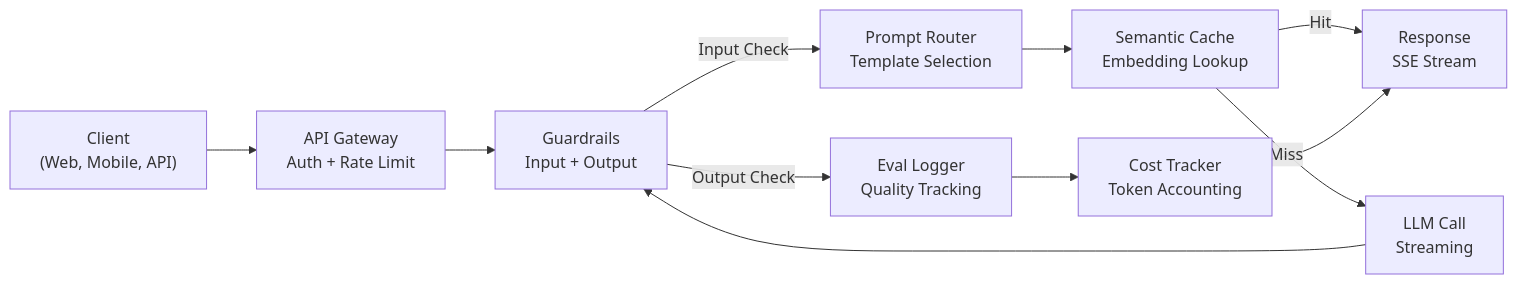
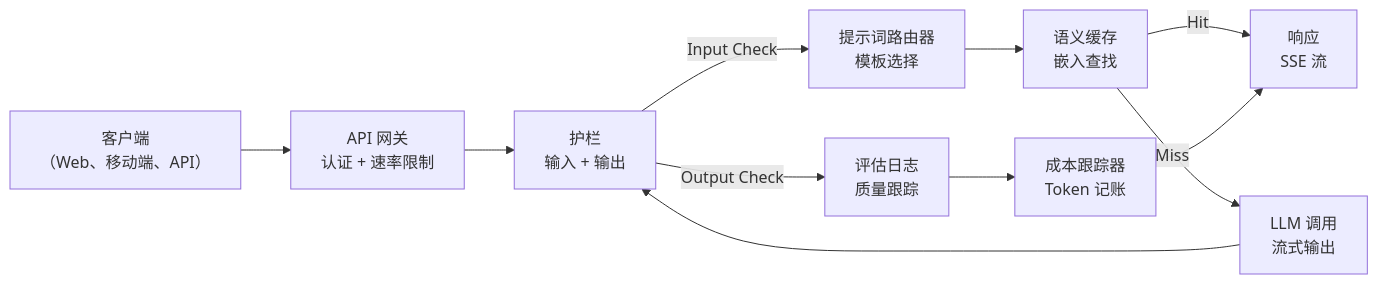
Before and after one commit to husky1102/ai-engineering-from-scratch-zh: the first of 3 diagrams in phases/11-llm-engineering/13-production-app/docs/zh-CN.md, drawn with Mermaid. The commit also changed other lines of this file and 1 other file, not shown here.

````diff
--- a/phases/11-llm-engineering/13-production-app/docs/zh-CN.md
+++ b/phases/11-llm-engineering/13-production-app/docs/zh-CN.md
@@ -41,21 +41,21 @@
 ```mermaid
 graph LR
-    Client["Client<br/>(Web, Mobile, API)"]
-    GW["API Gateway<br/>Auth + Rate Limit"]
-    PR["Prompt Router<br/>Template Selection"]
-    Cache["Semantic Cache<br/>Embedding Lookup"]
-    LLM["LLM Call<br/>Streaming"]
-    Guard["Guardrails<br/>Input + Output"]
-    Eval["Eval Logger<br/>Quality Tracking"]
-    Cost["Cost Tracker<br/>Token Accounting"]
-    Resp["Response<br/>SSE Stream"]
+    Client["客户端<br/>（Web、移动端、API）"]
+    GW["API 网关<br/>认证 + 速率限制"]
+    PR["提示词路由器<br/>模板选择"]
+    Cache["语义缓存<br/>嵌入查找"]
+    LLM["LLM 调用<br/>流式输出"]
+    Guard["护栏<br/>输入 + 输出"]
+    Eval["评估日志<br/>质量跟踪"]
+    Cost["成本跟踪器<br/>Token 记账"]
+    Resp["响应<br/>SSE 流"]
 
     Client --> GW --> Guard
     Guard -->|Input Check| PR
     PR --> Cache
     Cache -->|Hit| Resp
     Cache -->|Miss| LLM
     LLM --> Guard
     Guard -->|Output Check| Eval
     Eval --> Cost --> Resp
 ```
````
